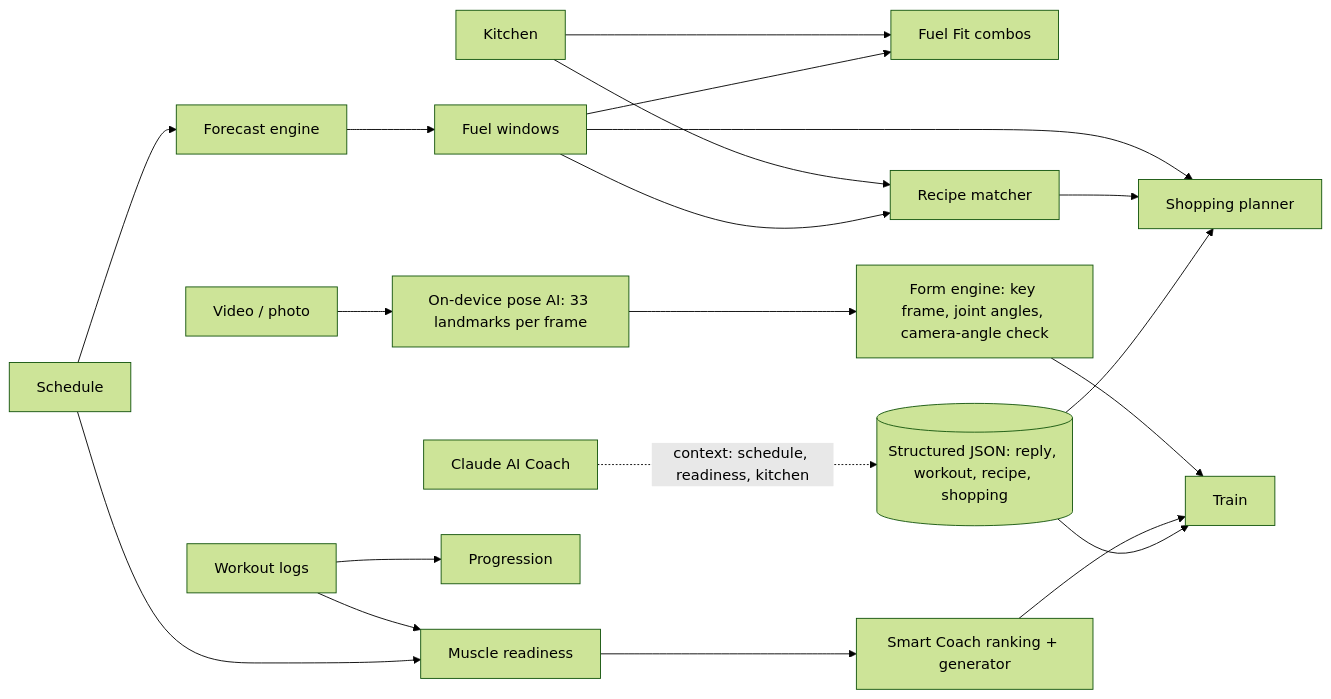
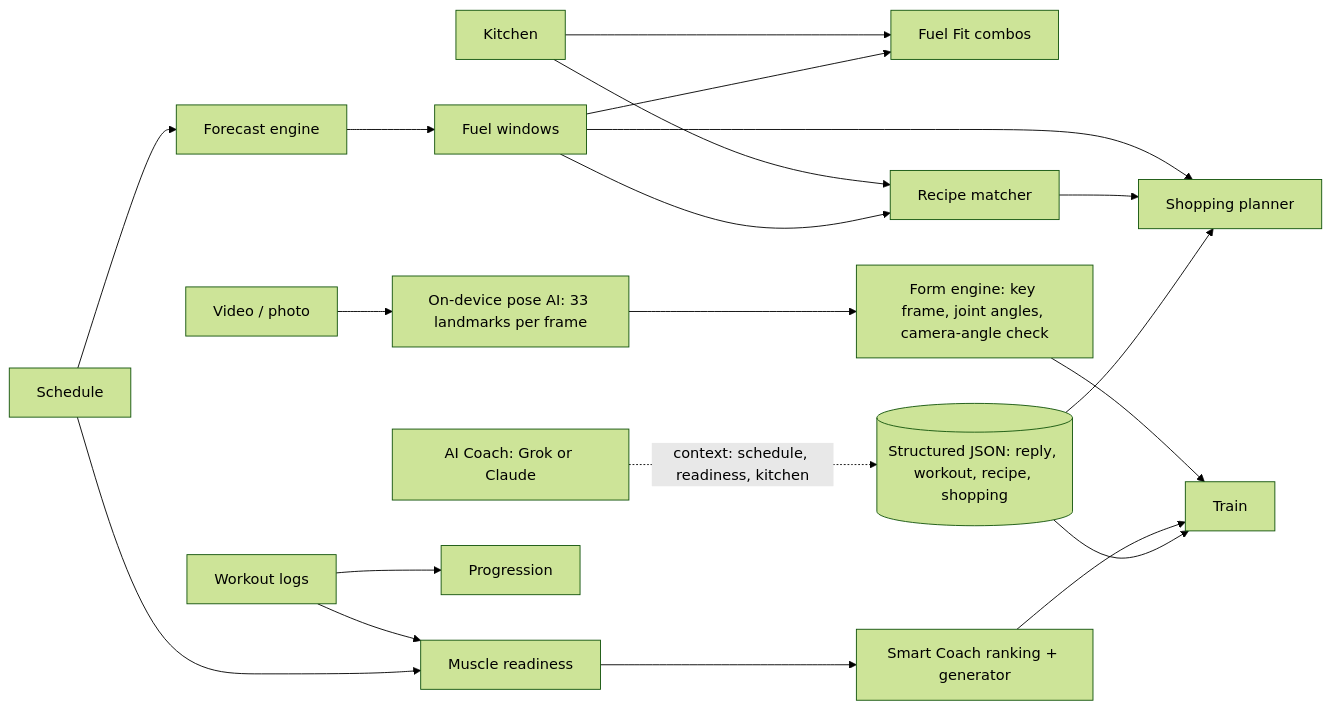
One commit to akkified/fuelcast changed the diagram in README.md. Above: the diagram before and after it, drawn with Mermaid (forest theme). The commit also changed other lines of this file and 12 other files, not shown here.

First line of the commit message:
Add Grok (xAI) as an AI Coach provider

````diff
--- a/README.md
+++ b/README.md
@@ -85,22 +85,22 @@
 ```mermaid
 flowchart LR
   S[Schedule] --> F[Forecast engine]
   F --> W[Fuel windows]
   K[Kitchen] --> C[Fuel Fit combos]
   W --> C
   K --> R[Recipe matcher]
   W --> R
   W --> SH[Shopping planner]
   R --> SH
   V[Video / photo] --> PD[On-device pose AI: 33 landmarks per frame]
   PD --> FE[Form engine: key frame, joint angles, camera-angle check]
   FE --> T
   L[Workout logs] --> RD[Muscle readiness]
   S --> RD
   RD --> SC[Smart Coach ranking + generator]
   SC --> T[Train]
   L --> P[Progression]
-  AI[Claude AI Coach] -. context: schedule, readiness, kitchen .-> X[(Structured JSON: reply, workout, recipe, shopping)]
+  AI[AI Coach: Grok or Claude] -. context: schedule, readiness, kitchen .-> X[(Structured JSON: reply, workout, recipe, shopping)]
   X --> T
   X --> SH
 ```
````
